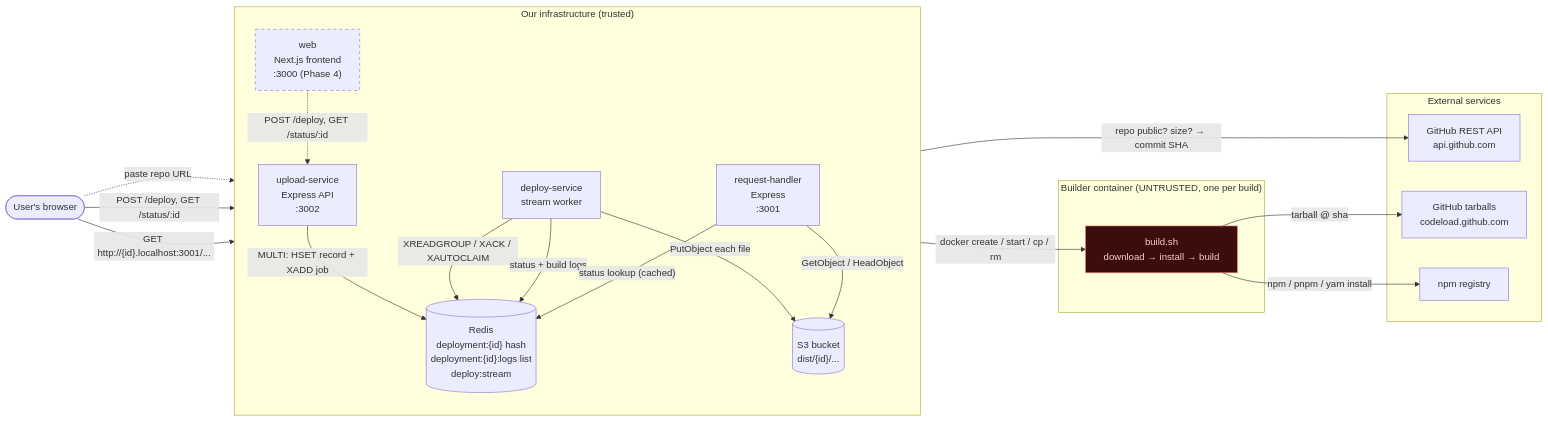
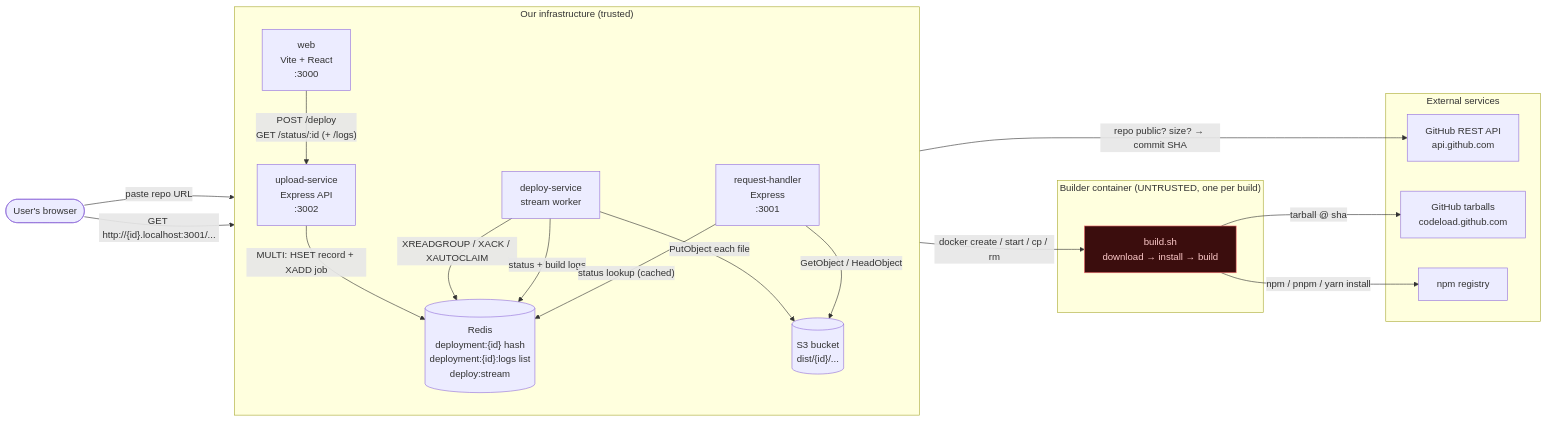
The first of 6 diagrams in docs/architecture.md (chaitanyaiscoding/Vercel---Clone), drawn with Mermaid before and after one commit. The commit also changed other lines of this file and 30 other files, not shown here.

````diff
--- a/docs/architecture.md
+++ b/docs/architecture.md
@@ -14,46 +14,43 @@
 ```mermaid
 flowchart LR
     user(["User's browser"])
 
     subgraph trusted["Our infrastructure (trusted)"]
         direction TB
-        web["web<br/>Next.js frontend<br/>:3000 (Phase 4)"]
+        web["web<br/>Vite + React<br/>:3000"]
         upload["upload-service<br/>Express API<br/>:3002"]
         deploy["deploy-service<br/>stream worker"]
         handler["request-handler<br/>Express<br/>:3001"]
         redis[("Redis<br/>deployment:{id} hash<br/>deployment:{id}:logs list<br/>deploy:stream")]
         s3[("S3 bucket<br/>dist/{id}/...")]
     end
 
     subgraph sandbox["Builder container (UNTRUSTED, one per build)"]
         builder["build.sh<br/>download → install → build"]
     end
 
     subgraph external["External services"]
         ghapi["GitHub REST API<br/>api.github.com"]
         codeload["GitHub tarballs<br/>codeload.github.com"]
         npm["npm registry"]
     end
 
-    user -. "paste repo URL" .-> web
-    web -. "POST /deploy, GET /status/:id" .-> upload
-    user -- "POST /deploy, GET /status/:id" --> upload
+    user -- "paste repo URL" --> web
+    web -- "POST /deploy<br/>GET /status/:id (+ /logs)" --> upload
     upload -- "repo public? size? → commit SHA" --> ghapi
     upload -- "MULTI: HSET record + XADD job" --> redis
 
     deploy -- "XREADGROUP / XACK / XAUTOCLAIM" --> redis
     deploy -- "status + build logs" --> redis
     deploy -- "docker create / start / cp / rm" --> builder
     builder -- "tarball @ sha" --> codeload
     builder -- "npm / pnpm / yarn install" --> npm
     deploy -- "PutObject each file" --> s3
 
     user -- "GET http://{id}.localhost:3001/..." --> handler
     handler -- "status lookup (cached)" --> redis
     handler -- "GetObject / HeadObject" --> s3
 
-    classDef planned stroke-dasharray: 5 5
-    class web planned
     classDef danger fill:#3b0d0d,stroke:#f87171,color:#fecaca
     class builder danger
 ```
````
